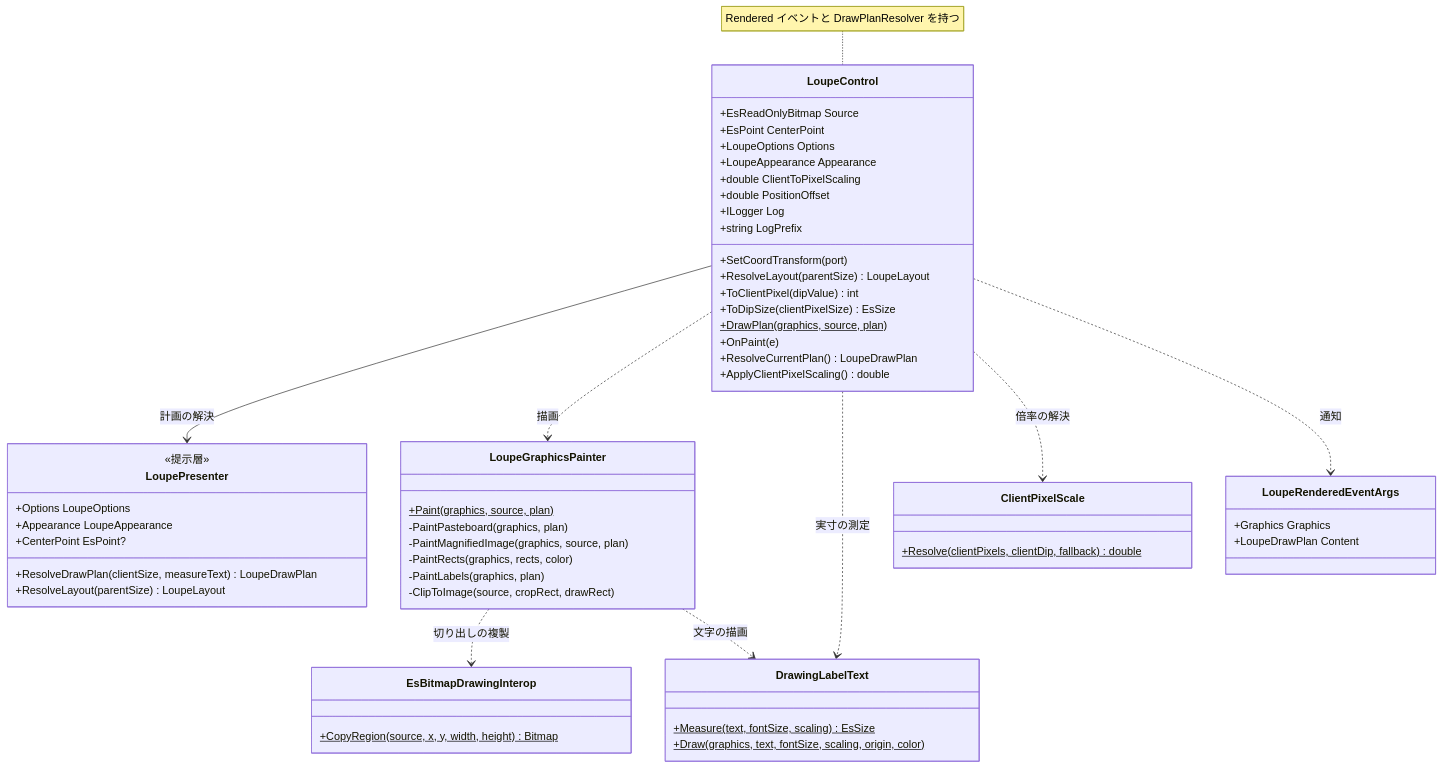
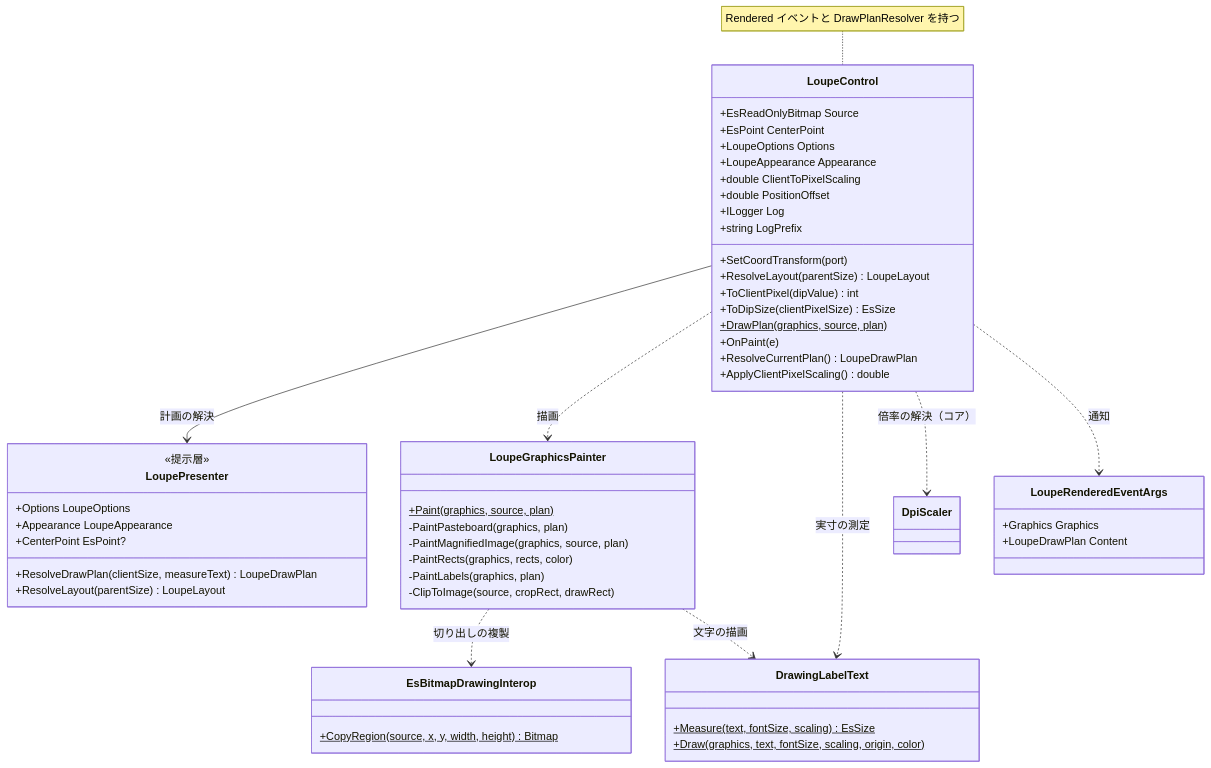
Before and after one commit to tomokuni/EsUtil: the first of 2 diagrams in EsUtil.Ui.WinForms/Loupe/docs/SPEC_System.md, drawn with Mermaid. The commit also changed other lines of this file and 59 other files, not shown here.

````diff
--- a/EsUtil.Ui.WinForms/Loupe/docs/SPEC_System.md
+++ b/EsUtil.Ui.WinForms/Loupe/docs/SPEC_System.md
@@ -95,69 +95,65 @@
 ```mermaid
 classDiagram
     direction TB
 
     class LoupeControl {
         +EsReadOnlyBitmap Source
         +EsPoint CenterPoint
         +LoupeOptions Options
         +LoupeAppearance Appearance
         +double ClientToPixelScaling
         +double PositionOffset
         +ILogger Log
         +string LogPrefix
         +SetCoordTransform(port)
         +ResolveLayout(parentSize) LoupeLayout
         +ToClientPixel(dipValue) int
         +ToDipSize(clientPixelSize) EsSize
         +DrawPlan(graphics, source, plan)$
         +OnPaint(e)
         +ResolveCurrentPlan() LoupeDrawPlan
         +ApplyClientPixelScaling() double
     }
 
     note for LoupeControl "Rendered イベントと DrawPlanResolver を持つ"
 
     class LoupeRenderedEventArgs {
         +Graphics Graphics
         +LoupeDrawPlan Content
     }
 
     class LoupeGraphicsPainter {
         +Paint(graphics, source, plan)$
         -PaintPasteboard(graphics, plan)
         -PaintMagnifiedImage(graphics, source, plan)
         -PaintRects(graphics, rects, color)
         -PaintLabels(graphics, plan)
         -ClipToImage(source, cropRect, drawRect)
     }
 
     class DrawingLabelText {
         +Measure(text, fontSize, scaling) EsSize$
         +Draw(graphics, text, fontSize, scaling, origin, color)$
     }
 
     class EsBitmapDrawingInterop {
         +CopyRegion(source, x, y, width, height) Bitmap$
     }
 
-    class ClientPixelScale {
-        +Resolve(clientPixels, clientDip, fallback) double$
-    }
-
     class LoupePresenter {
         <<提示層>>
         +Options LoupeOptions
         +Appearance LoupeAppearance
         +CenterPoint EsPoint?
         +ResolveDrawPlan(clientSize, measureText) LoupeDrawPlan
         +ResolveLayout(parentSize) LoupeLayout
     }
 
     LoupeControl --> LoupePresenter : 計画の解決
     LoupeControl ..> LoupeGraphicsPainter : 描画
     LoupeControl ..> DrawingLabelText : 実寸の測定
-    LoupeControl ..> ClientPixelScale : 倍率の解決
+    LoupeControl ..> DpiScaler : 倍率の解決（コア）
     LoupeControl ..> LoupeRenderedEventArgs : 通知
     LoupeGraphicsPainter ..> EsBitmapDrawingInterop : 切り出しの複製
     LoupeGraphicsPainter ..> DrawingLabelText : 文字の描画
 ```
````
